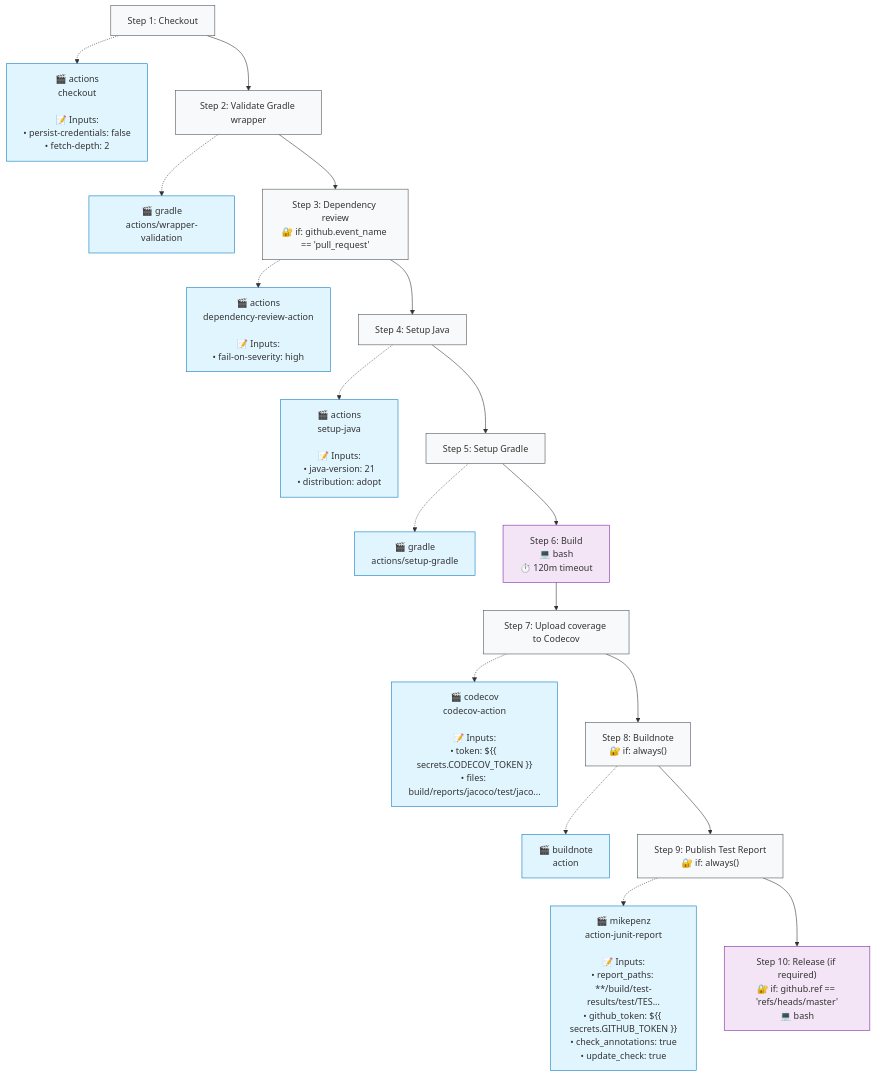
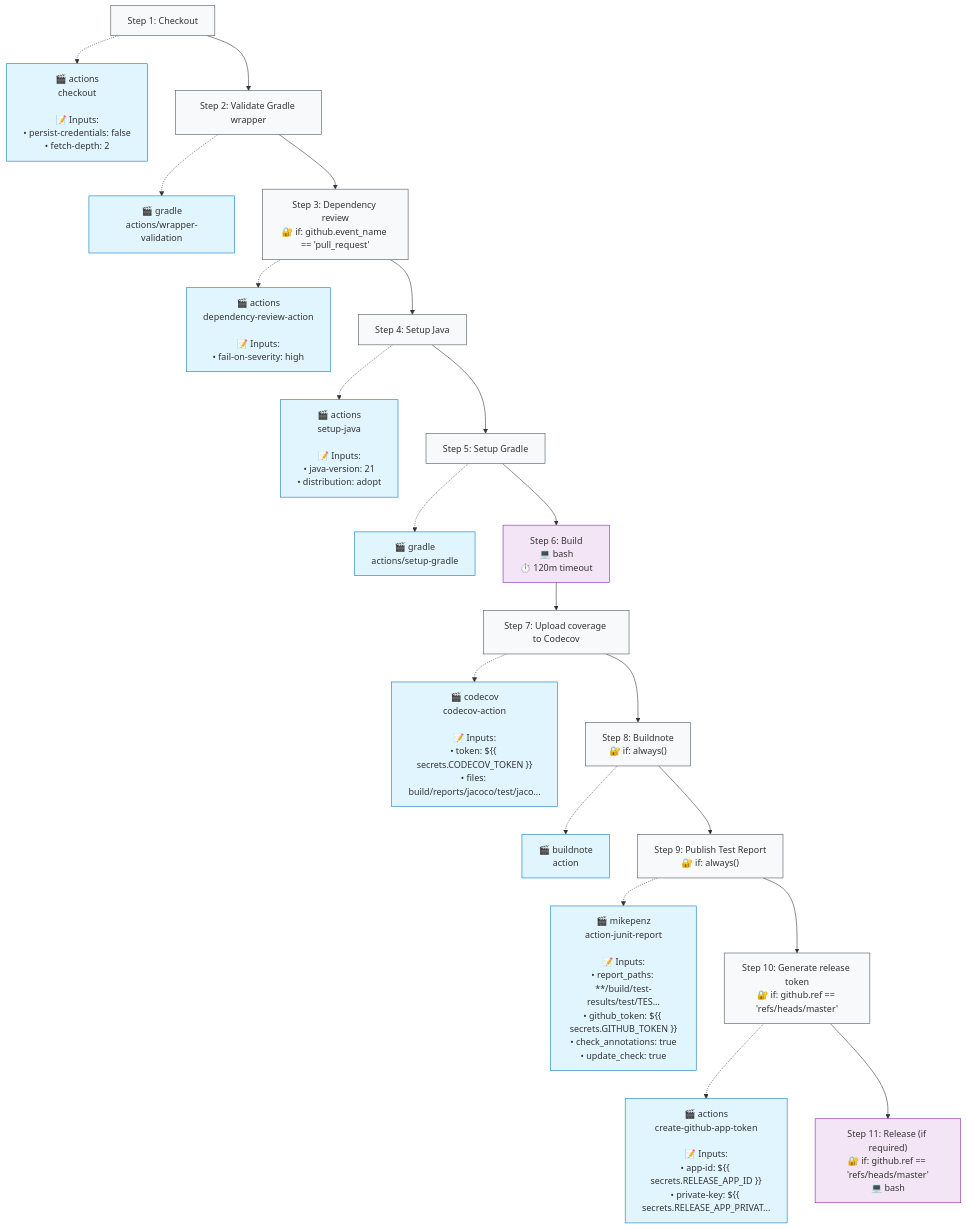
The second of 2 diagrams in .github/typeflows/build-http4k/README.md (http4k/http4k), drawn with Mermaid before and after one commit. The commit also changed 3 other files, not shown here.

Commit message:
Use Github app to create token to release

````diff
--- a/.github/typeflows/build-http4k/README.md
+++ b/.github/typeflows/build-http4k/README.md
@@ -24,57 +24,63 @@
 ```mermaid
 %%{init: {"flowchart": {"curve": "basis"}}}%%
 flowchart TD
     step1["Step 1: Checkout"]
     style step1 fill:#f8f9fa,stroke:#495057
     action1["🎬 actions<br/>checkout<br/><br/>📝 Inputs:<br/>• persist-credentials: false<br/>• fetch-depth: 2"]
     style action1 fill:#e1f5fe,stroke:#0277bd
     step1 -.-> action1
     step2["Step 2: Validate Gradle wrapper"]
     style step2 fill:#f8f9fa,stroke:#495057
     action2["🎬 gradle<br/>actions/wrapper-validation"]
     style action2 fill:#e1f5fe,stroke:#0277bd
     step2 -.-> action2
     step1 --> step2
     step3["Step 3: Dependency review<br/>🔐 if: github.event_name == 'pull_request'"]
     style step3 fill:#f8f9fa,stroke:#495057
     action3["🎬 actions<br/>dependency-review-action<br/><br/>📝 Inputs:<br/>• fail-on-severity: high"]
     style action3 fill:#e1f5fe,stroke:#0277bd
     step3 -.-> action3
     step2 --> step3
     step4["Step 4: Setup Java"]
     style step4 fill:#f8f9fa,stroke:#495057
     action4["🎬 actions<br/>setup-java<br/><br/>📝 Inputs:<br/>• java-version: 21<br/>• distribution: adopt"]
     style action4 fill:#e1f5fe,stroke:#0277bd
     step4 -.-> action4
     step3 --> step4
     step5["Step 5: Setup Gradle"]
     style step5 fill:#f8f9fa,stroke:#495057
     action5["🎬 gradle<br/>actions/setup-gradle"]
     style action5 fill:#e1f5fe,stroke:#0277bd
     step5 -.-> action5
     step4 --> step5
     step6["Step 6: Build<br/>💻 bash<br/>⏱️ 120m timeout"]
     style step6 fill:#f3e5f5,stroke:#7b1fa2
     step5 --> step6
     step7["Step 7: Upload coverage to Codecov"]
     style step7 fill:#f8f9fa,stroke:#495057
     action7["🎬 codecov<br/>codecov-action<br/><br/>📝 Inputs:<br/>• token: ${{ secrets.CODECOV_TOKEN }}<br/>• files: build/reports/jacoco/test/jaco..."]
     style action7 fill:#e1f5fe,stroke:#0277bd
     step7 -.-> action7
     step6 --> step7
     step8["Step 8: Buildnote<br/>🔐 if: always()"]
     style step8 fill:#f8f9fa,stroke:#495057
     action8["🎬 buildnote<br/>action"]
     style action8 fill:#e1f5fe,stroke:#0277bd
     step8 -.-> action8
     step7 --> step8
     step9["Step 9: Publish Test Report<br/>🔐 if: always()"]
     style step9 fill:#f8f9fa,stroke:#495057
     action9["🎬 mikepenz<br/>action-junit-report<br/><br/>📝 Inputs:<br/>• report_paths: **/build/test-results/test/TES...<br/>• github_token: ${{ secrets.GITHUB_TOKEN }}<br/>• check_annotations: true<br/>• update_check: true"]
     style action9 fill:#e1f5fe,stroke:#0277bd
     step9 -.-> action9
     step8 --> step9
-    step10["Step 10: Release (if required)<br/>🔐 if: github.ref == 'refs/heads/master'<br/>💻 bash"]
-    style step10 fill:#f3e5f5,stroke:#7b1fa2
+    step10["Step 10: Generate release token<br/>🔐 if: github.ref == 'refs/heads/master'"]
+    style step10 fill:#f8f9fa,stroke:#495057
+    action10["🎬 actions<br/>create-github-app-token<br/><br/>📝 Inputs:<br/>• app-id: ${{ secrets.RELEASE_APP_ID }}<br/>• private-key: ${{ secrets.RELEASE_APP_PRIVAT..."]
+    style action10 fill:#e1f5fe,stroke:#0277bd
+    step10 -.-> action10
     step9 --> step10
+    step11["Step 11: Release (if required)<br/>🔐 if: github.ref == 'refs/heads/master'<br/>💻 bash"]
+    style step11 fill:#f3e5f5,stroke:#7b1fa2
+    step10 --> step11
 ```
````
